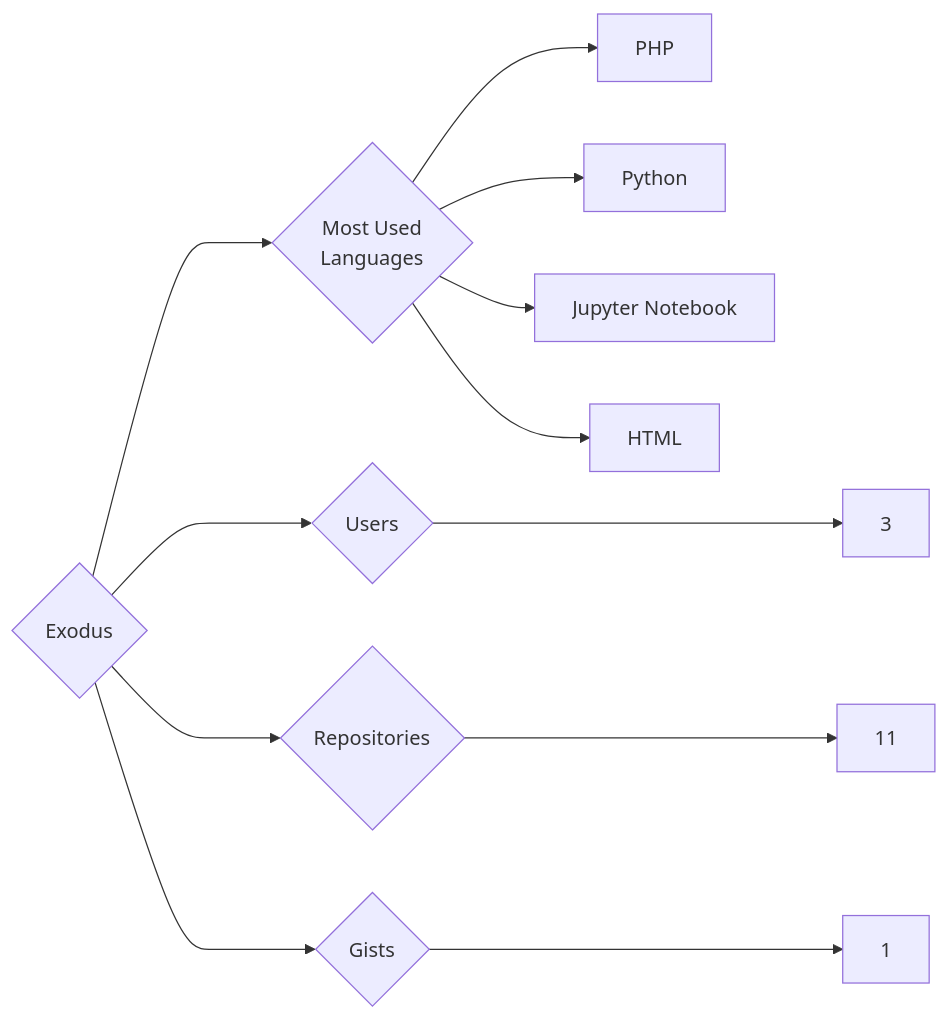
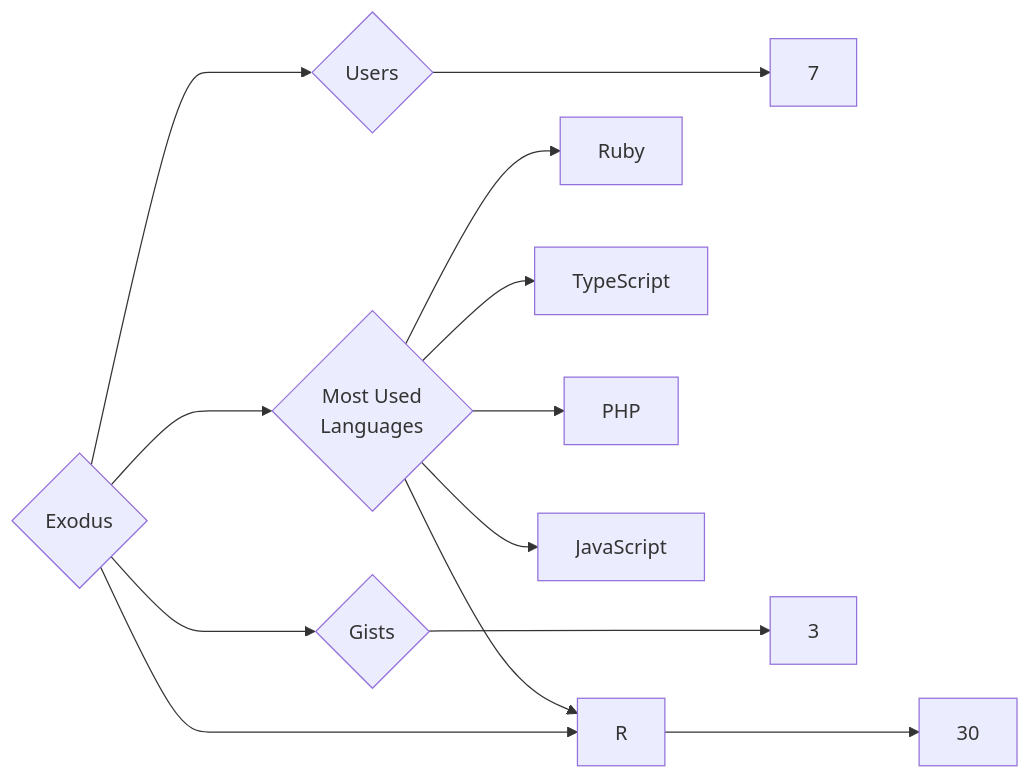
The diagram in targets/Exodus/README.md (trickest/insiders), drawn with Mermaid before and after one commit. The commit also changed 965 other files, not shown here.

````diff
--- a/targets/Exodus/README.md
+++ b/targets/Exodus/README.md
@@ -3,12 +3,13 @@
 ```mermaid
 graph LR
 COMPANY_NAME{Exodus}
-COMPANY_NAME ---> U{Users} ---> UN[3]
-COMPANY_NAME ---> R{Repositories} ---> RN[11]
-COMPANY_NAME ---> G{Gists} ---> GN[1]
+COMPANY_NAME ---> U{Users} ---> UN[7]
+COMPANY_NAME ---> R{Repositories} ---> RN[30]
+COMPANY_NAME ---> G{Gists} ---> GN[3]
 COMPANY_NAME ---> ML{Most Used<br>Languages}
+ML --> Ruby[Ruby]
+ML --> TypeScript[TypeScript]
 ML --> PHP[PHP]
-ML --> Python[Python]
-ML --> Jupyter_Notebook[Jupyter Notebook]
-ML --> HTML[HTML]
+ML --> JavaScript[JavaScript]
+ML --> R[R]
 ```
````
